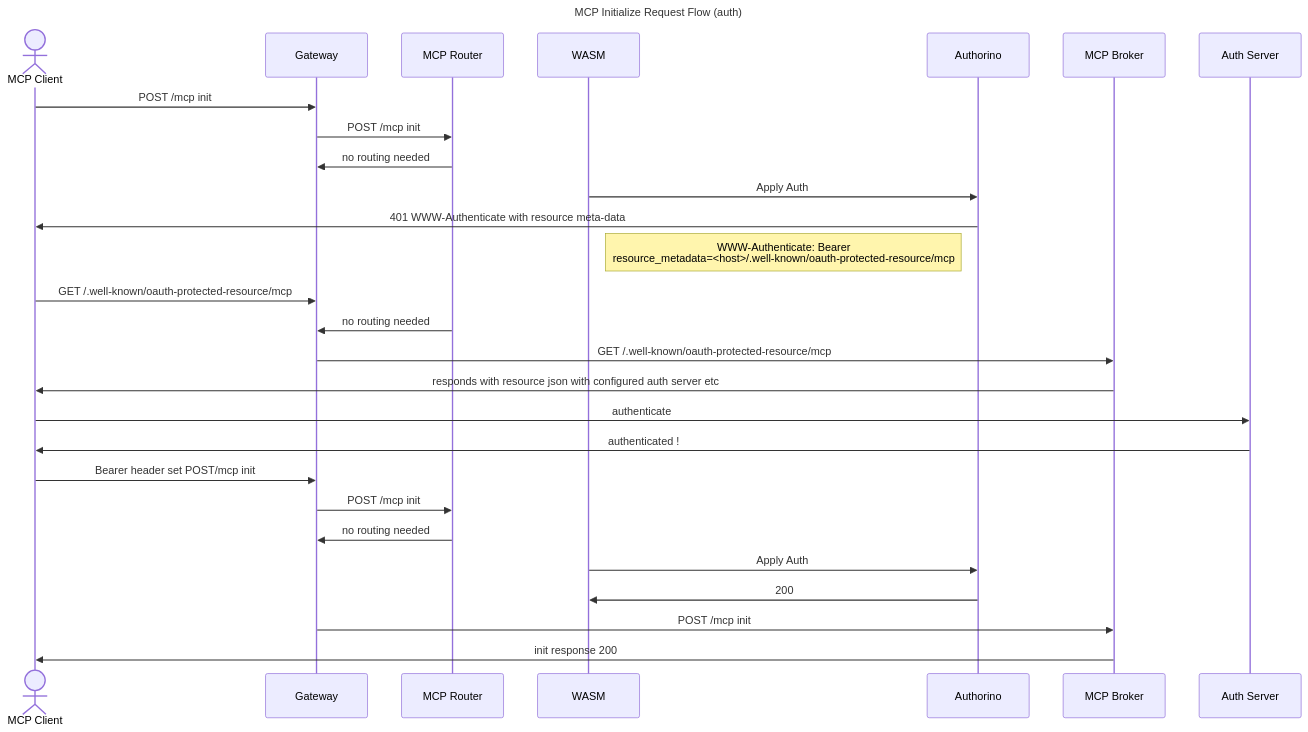
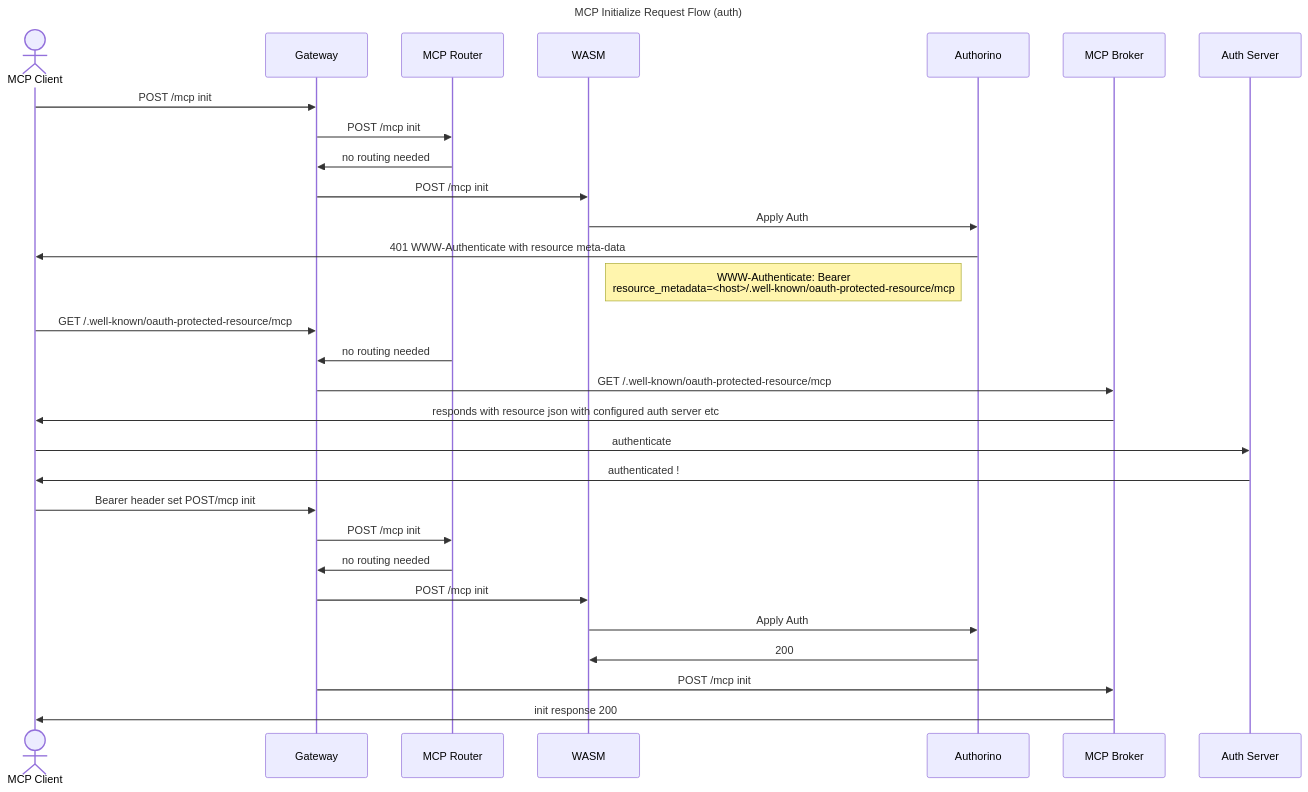
One commit to kagenti/mcp-gateway changed the second of 5 diagrams in docs/design/flows.md. Above: the diagram before and after it, drawn with Mermaid. The commit also changed other lines of this file, not shown here.

Commit message:
Add calls from gateway to wasm

````diff
--- a/docs/design/flows.md
+++ b/docs/design/flows.md
@@ -25,24 +25,26 @@
 ```mermaid
 sequenceDiagram
         title MCP Initialize Request Flow (auth)
         actor MCP Client
         MCP Client->>Gateway: POST /mcp init
         Gateway->>MCP Router: POST /mcp init
         MCP Router->>Gateway: no routing needed
+        Gateway->>WASM: POST /mcp init
         WASM->>Authorino: Apply Auth
         Authorino->>MCP Client: 401 WWW-Authenticate with resource meta-data
         note left of Authorino: WWW-Authenticate: Bearer <br/> resource_metadata=<host>/.well-known/oauth-protected-resource/mcp
         MCP Client->>Gateway: GET /.well-known/oauth-protected-resource/mcp
         MCP Router->>Gateway: no routing needed
         Gateway->>MCP Broker: GET /.well-known/oauth-protected-resource/mcp
         MCP Broker->>MCP Client: responds with resource json with configured auth server etc
         MCP Client->>Auth Server: authenticate
         Auth Server->>MCP Client: authenticated !
         MCP Client->>Gateway: Bearer header set POST/mcp init
         Gateway->>MCP Router: POST /mcp init
         MCP Router->>Gateway: no routing needed
+        Gateway->>WASM: POST /mcp init
         WASM->>Authorino: Apply Auth
         Authorino->>WASM: 200
         Gateway->>MCP Broker: POST /mcp init
         MCP Broker->>MCP Client: init response 200
 ```        
````
